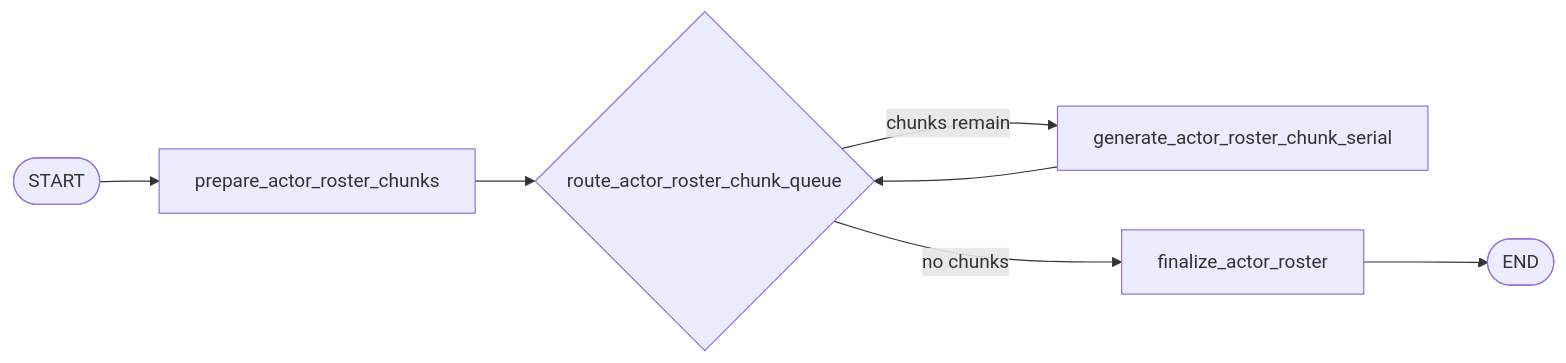
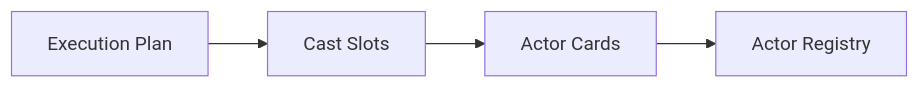
Before and after one commit to keonho-kim/simula: the diagram in docs/workflows/generation.md, drawn with Mermaid. The commit also changed other lines of this file and 513 other files, not shown here.

````diff
--- a/docs/workflows/generation.md
+++ b/docs/workflows/generation.md
@@ -7,9 +7,6 @@
 ```mermaid
 flowchart LR
-    Start([START]) --> Prepare["prepare_actor_roster_chunks"]
-    Prepare --> Route{"route_actor_roster_chunk_queue"}
-    Route -->|chunks remain| Worker["generate_actor_roster_chunk_serial"]
-    Route -->|no chunks| Finalize["finalize_actor_roster"]
-    Worker --> Route
-    Finalize --> End([END])
+    Plan["Execution Plan"] --> Slots["Cast Slots"]
+    Slots --> Cards["Actor Cards"]
+    Cards --> Registry["Actor Registry"]
 ```
````
